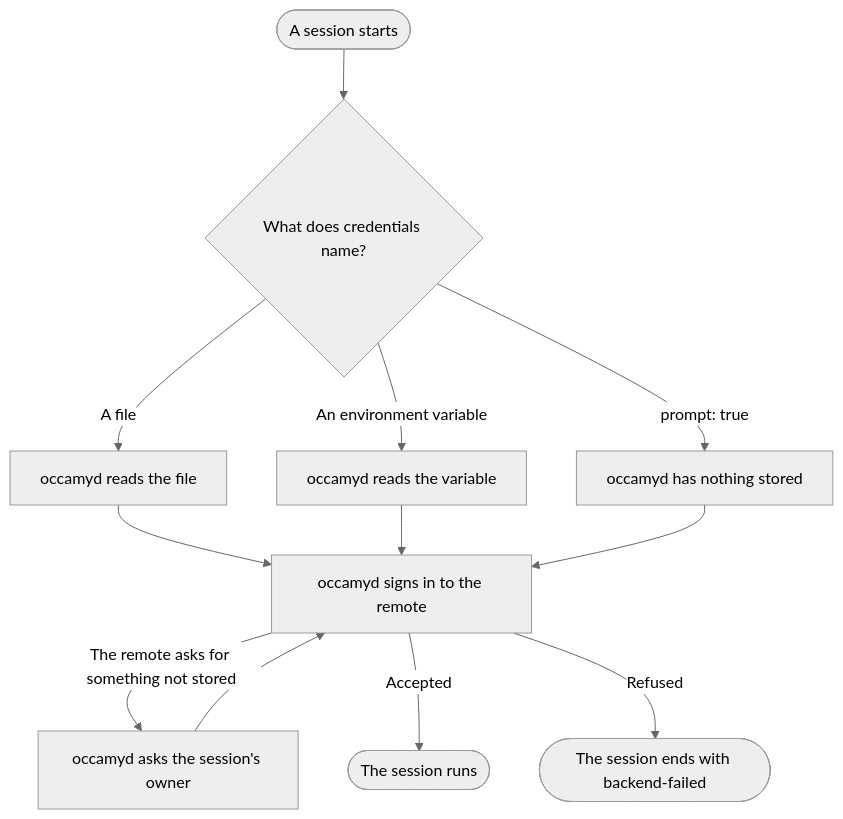
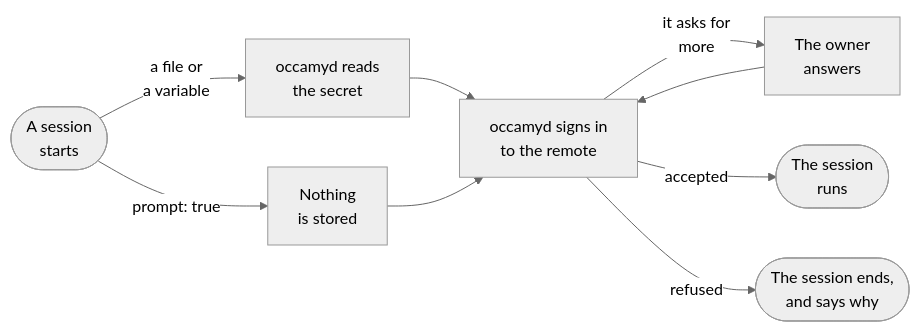
Before and after one commit to changkun/occamy: the first of 6 diagrams in docs/configuration.md, drawn with Mermaid (neutral theme). The commit also changed other lines of this file and 7 other files, not shown here.

First line of the commit message:
docs: lay the decision charts out left to right, and name the file occamy.yaml in the deploy figure

````diff
--- a/docs/configuration.md
+++ b/docs/configuration.md
@@ -203,14 +203,11 @@
 ```mermaid
-flowchart TD
-  start(["A session starts"]) --> source{"What does credentials name?"}
-  source -- "A file" --> file["occamyd reads the file"]
-  source -- "An environment variable" --> env["occamyd reads the variable"]
-  source -- "prompt: true" --> none["occamyd has nothing stored"]
-  file --> signin["occamyd signs in to the remote"]
-  env --> signin
+flowchart LR
+  start(["A session<br/>starts"]) -- "a file or<br/>a variable" --> read["occamyd reads<br/>the secret"]
+  start -- "prompt: true" --> none["Nothing<br/>is stored"]
+  read --> signin["occamyd signs in<br/>to the remote"]
   none --> signin
-  signin -- "The remote asks for something not stored" --> ask["occamyd asks the session's owner"]
+  signin -- "it asks for<br/>more" --> ask["The owner<br/>answers"]
   ask --> signin
-  signin -- "Accepted" --> runs(["The session runs"])
-  signin -- "Refused" --> fails(["The session ends with backend-failed"])
+  signin -- "accepted" --> runs(["The session<br/>runs"])
+  signin -- "refused" --> fails(["The session ends,<br/>and says why"])
 ```
````
